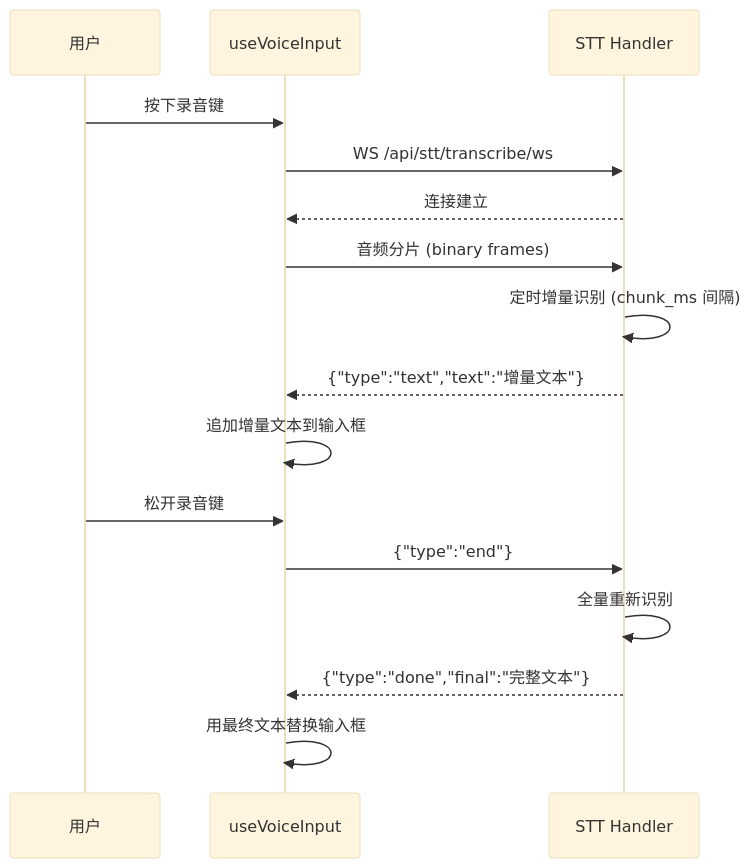
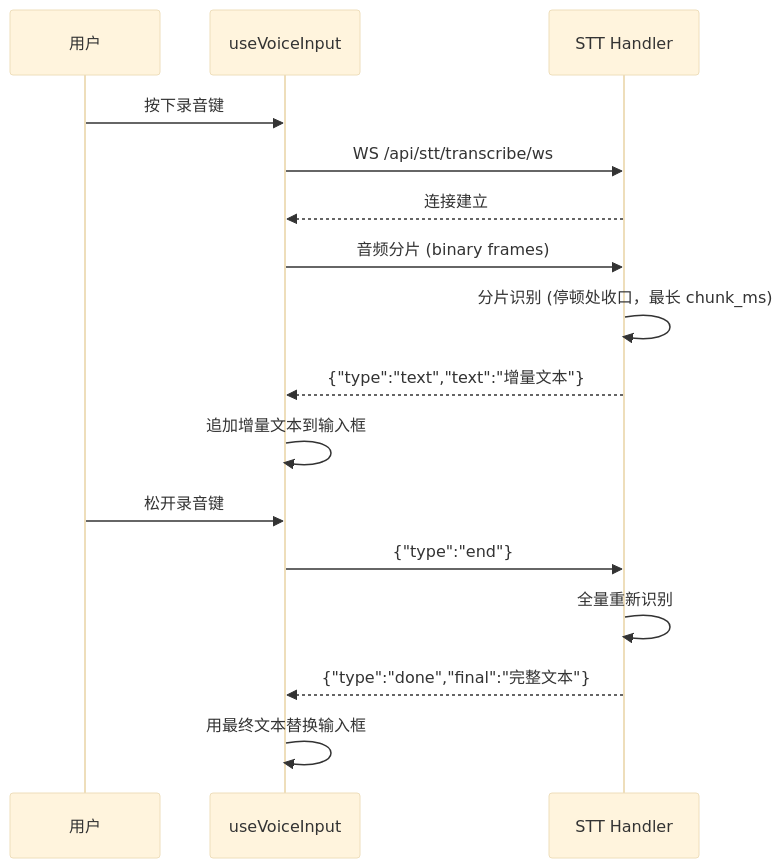
Before and after one commit to clawbench-dev/clawbench: the second of 2 diagrams in docs/spec/features/stt.md, drawn with Mermaid (base theme). The commit also changed other lines of this file and 4 other files, not shown here.

````diff
--- a/docs/spec/features/stt.md
+++ b/docs/spec/features/stt.md
@@ -28,19 +28,19 @@
 ```mermaid
 sequenceDiagram
     participant 用户
     participant 前端 as useVoiceInput
     participant 后端 as STT Handler
 
     用户->>前端: 按下录音键
     前端->>后端: WS /api/stt/transcribe/ws
     后端-->>前端: 连接建立
     前端->>后端: 音频分片 (binary frames)
-    后端->>后端: 定时增量识别 (chunk_ms 间隔)
+    后端->>后端: 分片识别 (停顿处收口，最长 chunk_ms)
     后端-->>前端: {"type":"text","text":"增量文本"}
     前端->>前端: 追加增量文本到输入框
     用户->>前端: 松开录音键
     前端->>后端: {"type":"end"}
     后端->>后端: 全量重新识别
     后端-->>前端: {"type":"done","final":"完整文本"}
     前端->>前端: 用最终文本替换输入框
 ```
````
